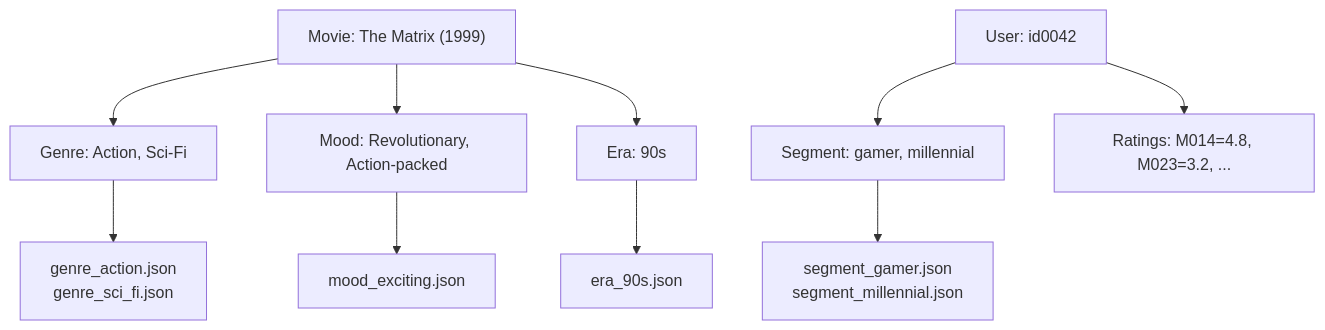
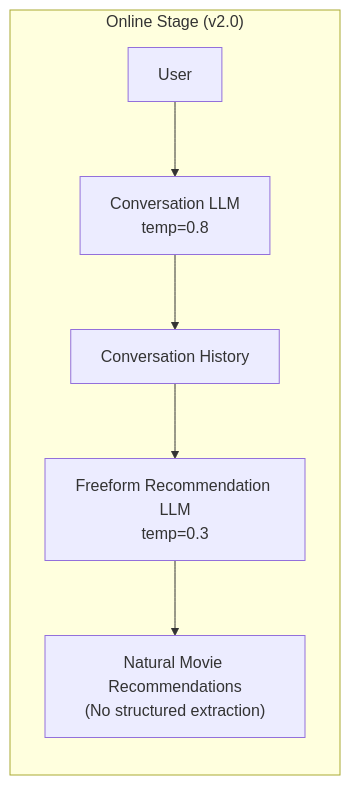
One commit to keith-leung/COMP713-recm-system changed the second of 6 diagrams in REPORT.md. Above: the diagram before and after it, drawn with Mermaid. The commit also changed other lines of this file and 9 other files, not shown here.

````diff
--- a/REPORT.md
+++ b/REPORT.md
@@ -115,14 +74,9 @@
 ```mermaid
-flowchart TD
-    MOVIE["Movie: The Matrix (1999)"] --> G["Genre: Action, Sci-Fi"]
-    MOVIE --> MO["Mood: Revolutionary, Action-packed"]
-    MOVIE --> E["Era: 90s"]
-
-    USER["User: id0042"] --> S["Segment: gamer, millennial"]
-    USER --> R["Ratings: M014=4.8, M023=3.2, ..."]
-
-    G --> GF["genre_action.json<br/>genre_sci_fi.json"]
-    MO --> MF["mood_exciting.json"]
-    E --> EF["era_90s.json"]
-    S --> SF["segment_gamer.json<br/>segment_millennial.json"]
+flowchart LR
+    subgraph ONLINE["Online Stage (v2.0)"]
+        USER["User"] --> CONV["Conversation LLM<br/>temp=0.8"]
+        CONV --> HISTORY["Conversation History"]
+        HISTORY --> FREEFORM["Freeform Recommendation LLM<br/>temp=0.3"]
+        FREEFORM --> NATURAL["Natural Movie Recommendations<br/>(No structured extraction)"]
+    end
 ```
````
